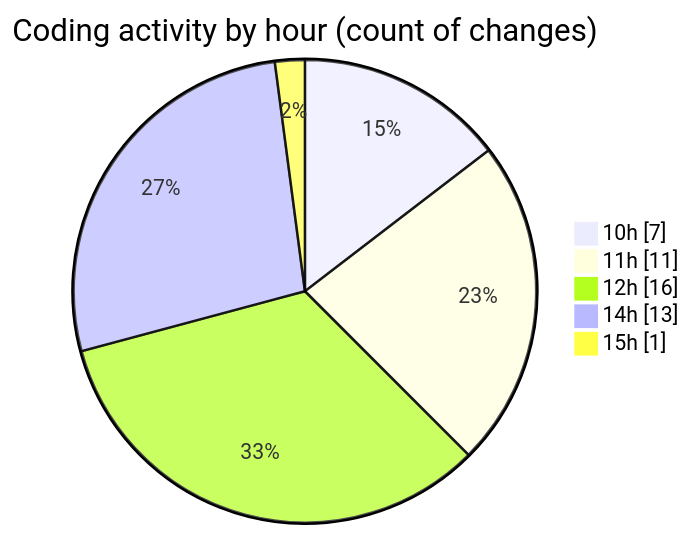
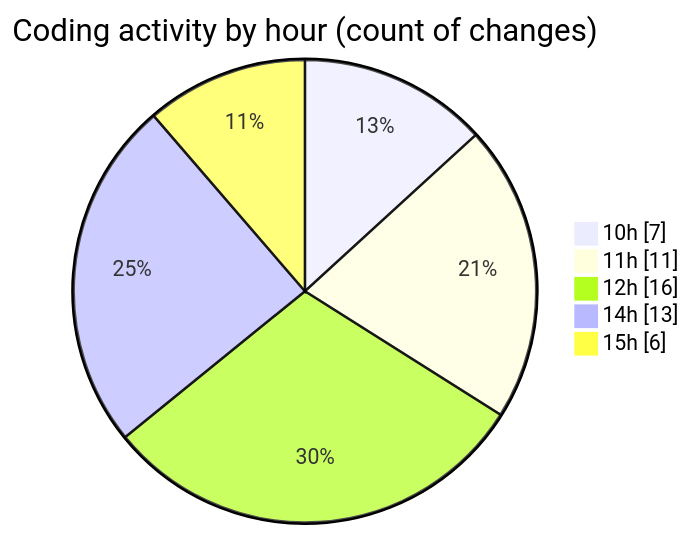
The second of 2 diagrams in 2026-03-31/cinema/README.md (igalym/code-tracking), drawn with Mermaid before and after one commit. The commit also changed other lines of this file and 1 other file, not shown here.

````diff
--- a/2026-03-31/cinema/README.md
+++ b/2026-03-31/cinema/README.md
@@ -45,9 +45,9 @@
 ```mermaid
 pie showData
 title Coding activity by hour (count of changes)
 "10h" : 7
 "11h" : 11
 "12h" : 16
 "14h" : 13
-"15h" : 1
+"15h" : 6
 ```
````
